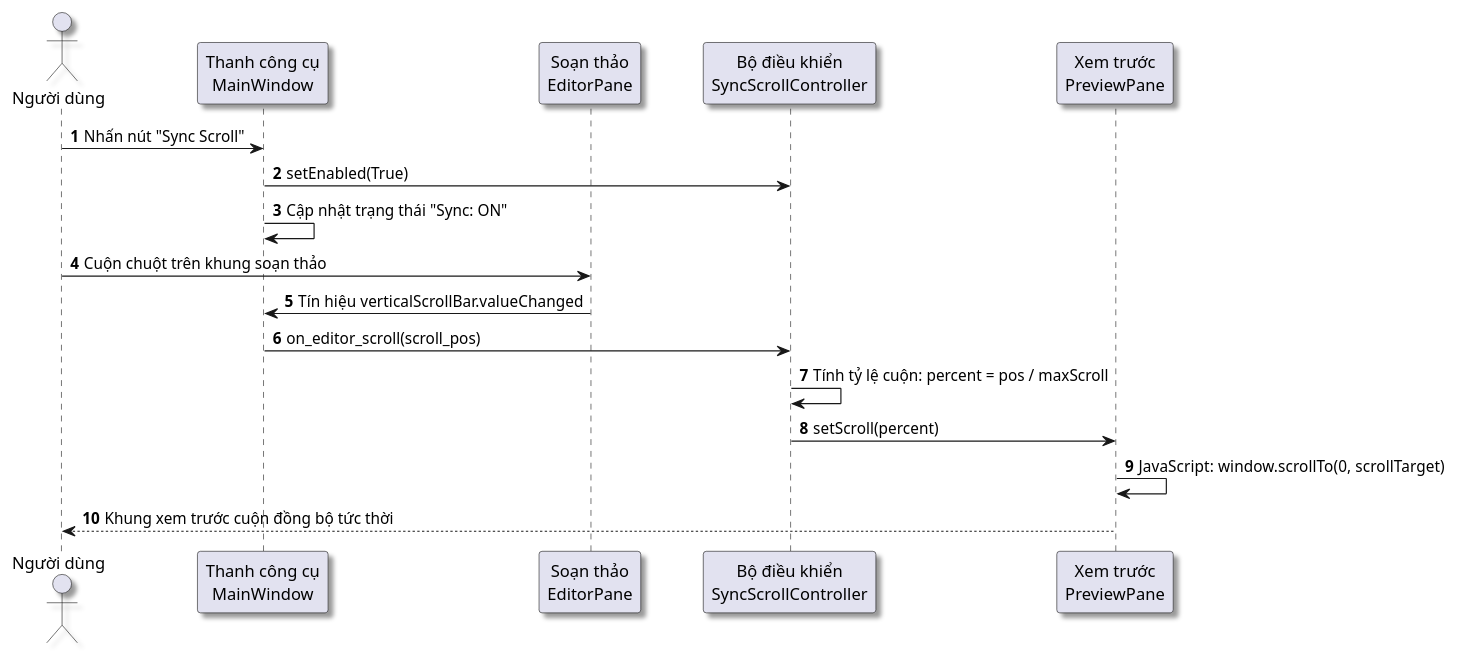
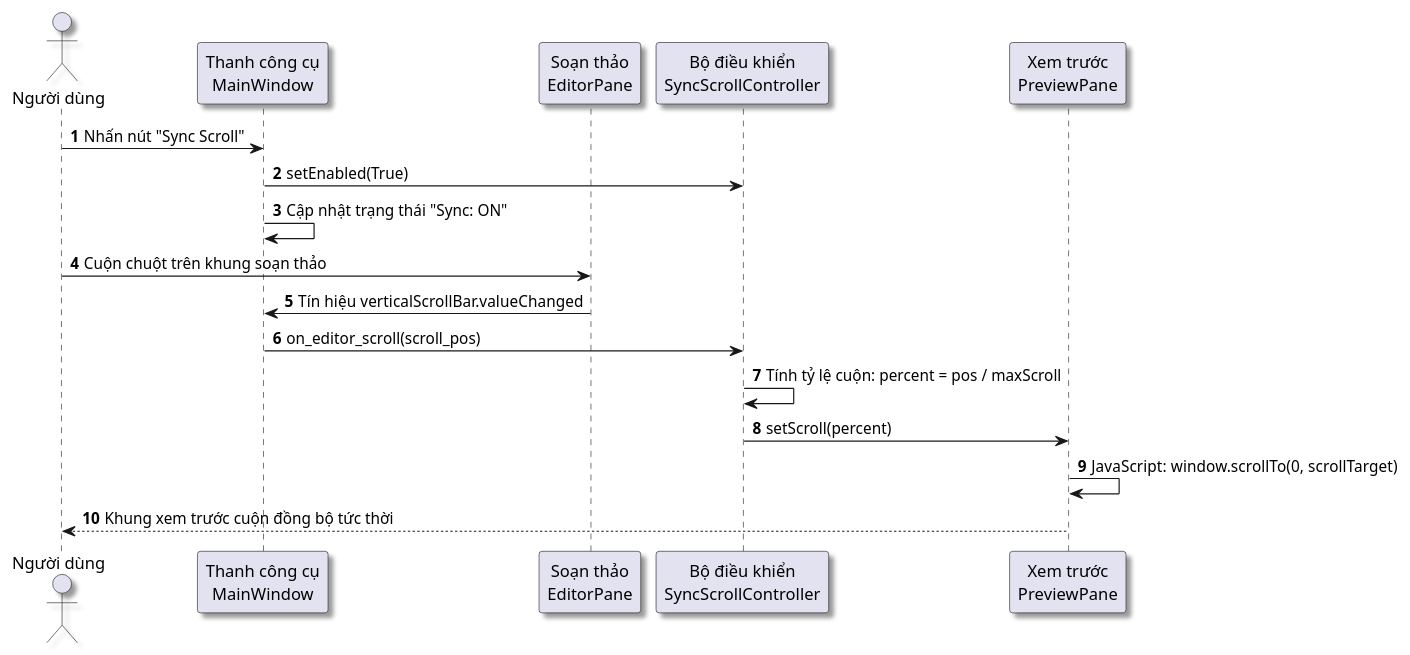
The diagram in docs/diagrams/seq_sync_scroll.puml (dotlinux26/marknote), drawn with PlantUML before and after one commit. The commit also changed 26 other files, not shown here.

Commit message:
fix: remove deprecated PlantUML padding warnings, document diagrams-as-code stack, and refine TOC styling with custom level colors

```diff
--- a/docs/diagrams/seq_sync_scroll.puml
+++ b/docs/diagrams/seq_sync_scroll.puml
@@ -1,27 +1,25 @@
 @startuml
 skinparam defaultFontName "Segoe UI"
 skinparam shadowing true
 skinparam responseMessageBelowArrow true
-skinparam ParticipantPadding 20
-skinparam BoxPadding 15
 
 autonumber
 actor "Người dùng" as User
 participant "Thanh công cụ\nMainWindow" as GUI
 participant "Soạn thảo\nEditorPane" as Editor
 participant "Bộ điều khiển\nSyncScrollController" as Sync
 participant "Xem trước\nPreviewPane" as Preview
 
 User -> GUI : Nhấn nút "Sync Scroll"
 GUI -> Sync : setEnabled(True)
 GUI -> GUI : Cập nhật trạng thái "Sync: ON"
 
 User -> Editor : Cuộn chuột trên khung soạn thảo
 Editor -> GUI : Tín hiệu verticalScrollBar.valueChanged
 GUI -> Sync : on_editor_scroll(scroll_pos)
 Sync -> Sync : Tính tỷ lệ cuộn: percent = pos / maxScroll
 Sync -> Preview : setScroll(percent)
 Preview -> Preview : JavaScript: window.scrollTo(0, scrollTarget)
 Preview --> User : Khung xem trước cuộn đồng bộ tức thời
 
 @enduml
```
